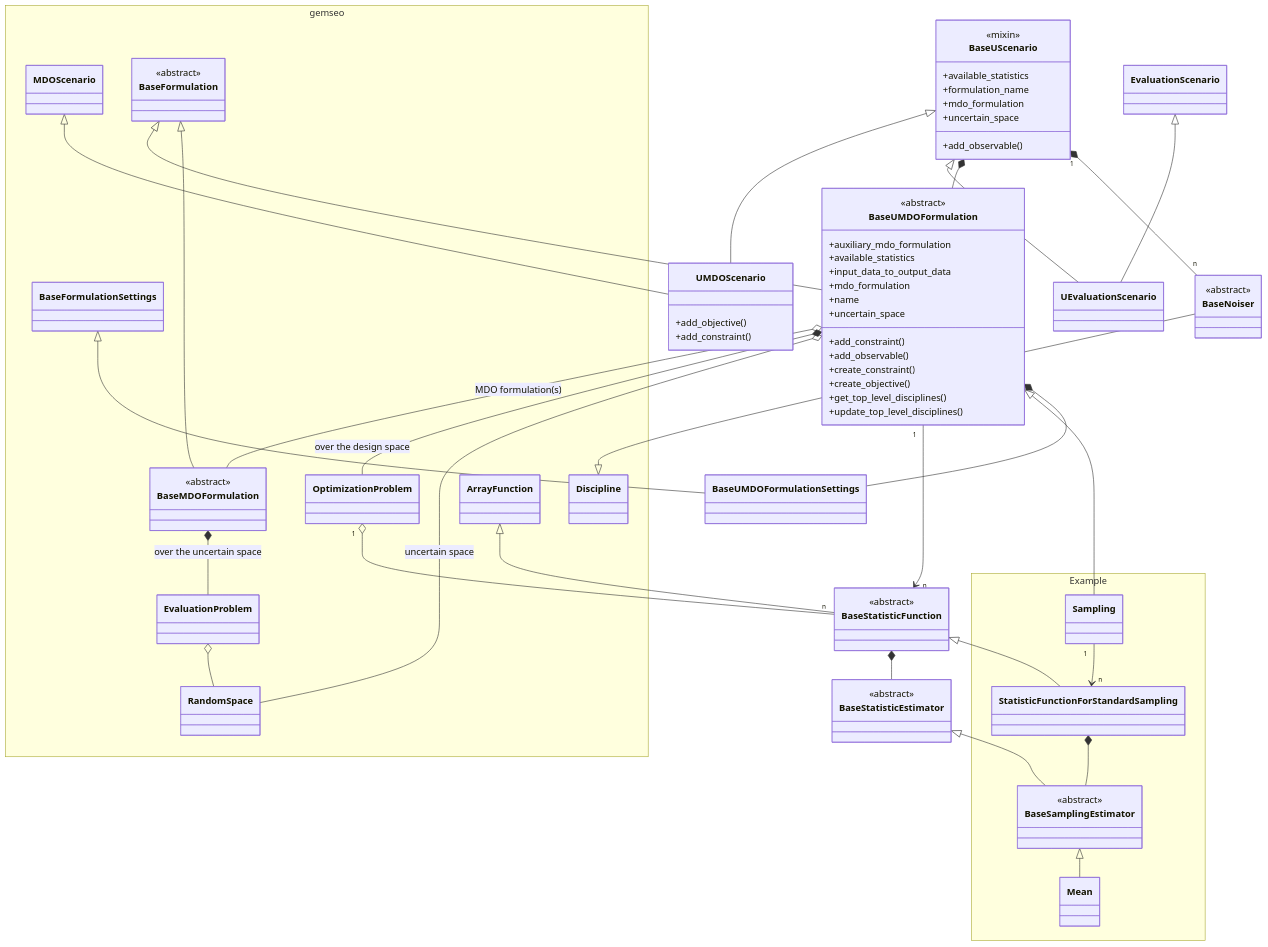
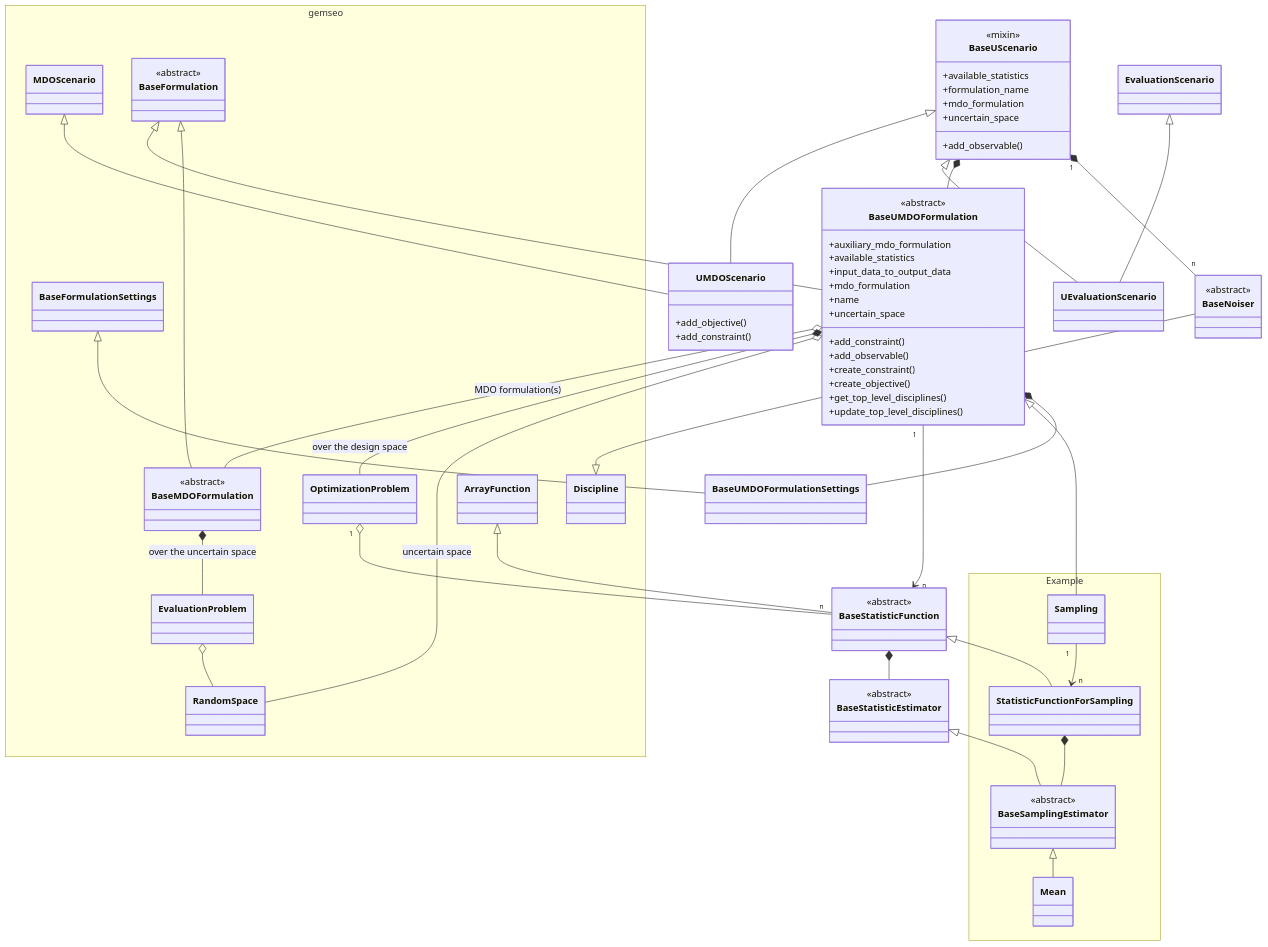
Before and after one commit to gemseo/gemseo-umdo: the diagram in docs/developer_guide/umdo.md, drawn with Mermaid. The commit also changed other lines of this file and 31 other files, not shown here.

Commit message:
feat: add the quantile statistic to the Sampling formulation

```diff
--- a/docs/developer_guide/umdo.md
+++ b/docs/developer_guide/umdo.md
@@ -182,9 +186,9 @@
 
    BaseUMDOFormulation <|-- Sampling
    ArrayFunction <|-- BaseStatisticFunction
-   BaseStatisticFunction <|-- StatisticFunctionForStandardSampling
-   Sampling "1" --> "n" StatisticFunctionForStandardSampling
-   StatisticFunctionForStandardSampling *-- BaseSamplingEstimator
+   BaseStatisticFunction <|-- StatisticFunctionForSampling
+   Sampling "1" --> "n" StatisticFunctionForSampling
+   StatisticFunctionForSampling *-- BaseSamplingEstimator
    BaseStatisticEstimator <|-- BaseSamplingEstimator
    BaseSamplingEstimator <|-- Mean
 
@@ -202,7 +206,7 @@
 
    namespace Example {
     class Sampling
-    class StatisticFunctionForStandardSampling
+    class StatisticFunctionForSampling
     class BaseSamplingEstimator
     class Mean
    }
```
